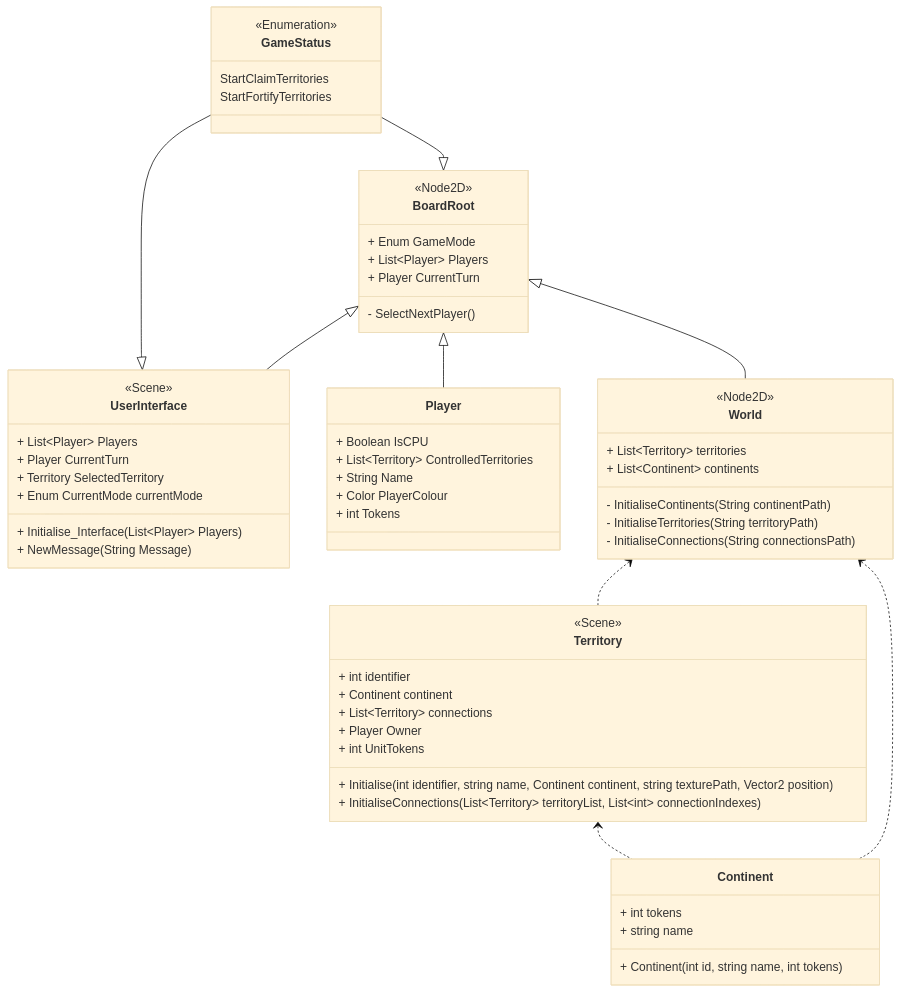
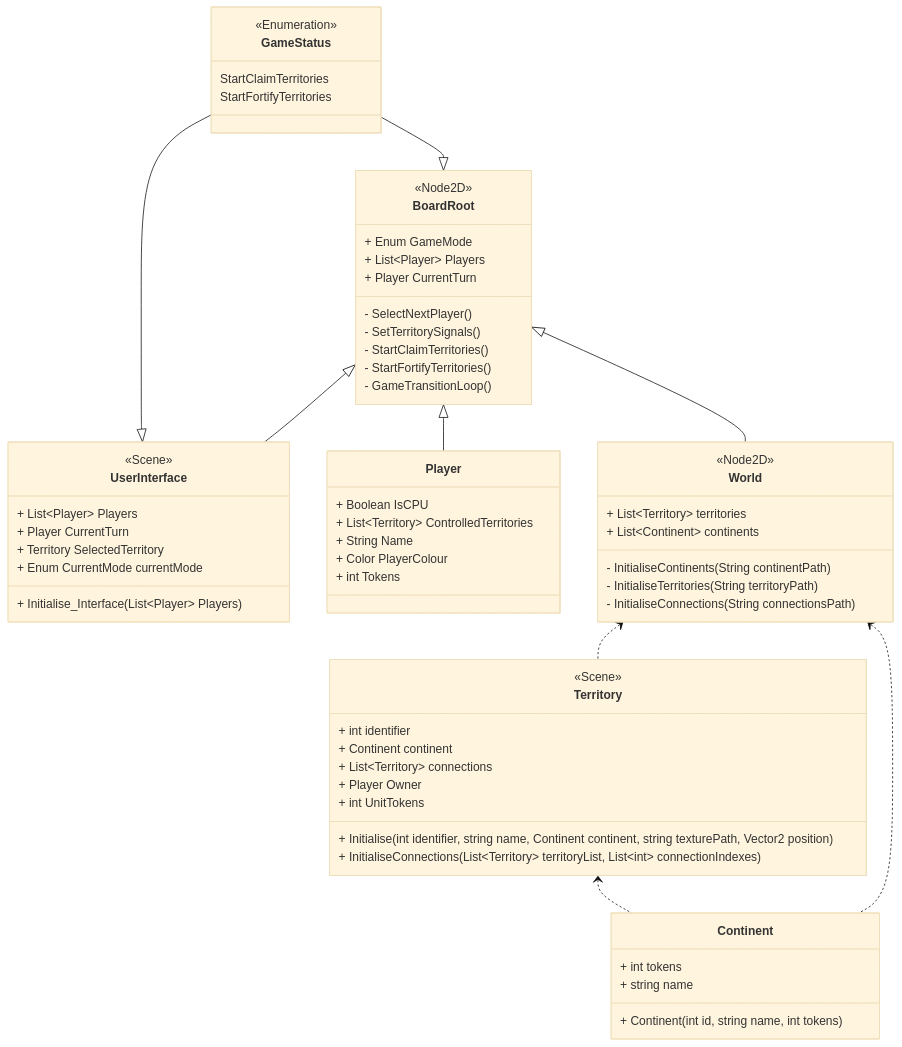
The first of 2 diagrams in design/Sprint_02_Design.md (LukeS03/Y2_S2_SoftwareEngineeringProject), drawn with Mermaid (base theme) before and after one commit. The commit also changed other lines of this file and 3 other files, not shown here.

````diff
--- a/design/Sprint_02_Design.md
+++ b/design/Sprint_02_Design.md
@@ -13,71 +13,74 @@
 ```mermaid
 classDiagram
     class BoardRoot {
         <<Node2D>>
         + Enum GameMode
         + List~Player~ Players
         + Player CurrentTurn
         - SelectNextPlayer()
+        - SetTerritorySignals()
+        - StartClaimTerritories()
+        - StartFortifyTerritories()
+        - GameTransitionLoop()
     }
 
     class UserInterface {
         <<Scene>>
         + List~Player~ Players
         + Player CurrentTurn
         + Territory SelectedTerritory
         + Enum CurrentMode currentMode
         + Initialise_Interface(List~Player~ Players)
-        + NewMessage(String Message)
     }
 
     class GameStatus {
         <<Enumeration>>
         StartClaimTerritories
         StartFortifyTerritories
     }
 
     class Player {
         + Boolean IsCPU
         + List~Territory~ ControlledTerritories
         + String Name
         + Color PlayerColour
         + int Tokens
     }
 
     class World {
         <<Node2D>>
         + List~Territory~ territories
         + List~Continent~ continents
         - InitialiseContinents(String continentPath)
         - InitialiseTerritories(String territoryPath)
         - InitialiseConnections(String connectionsPath)
     }
 
 
     class Territory {
         <<Scene>>
         + int identifier
         + Continent continent
         + List~Territory~ connections
         + Player Owner
         + int UnitTokens
         + Initialise(int identifier, string name, Continent continent, string texturePath, Vector2 position)
         + InitialiseConnections(List~Territory~ territoryList, List~int~ connectionIndexes)
     }
 
     class Continent {
         + int tokens
         + string name
         + Continent(int id, string name, int tokens)
     }
 
     BoardRoot <|-- UserInterface
     BoardRoot <|-- Player
     BoardRoot <|-- World
     World <.. Territory
     World <.. Continent
     Territory <.. Continent
     GameStatus --|> UserInterface
     GameStatus--|>BoardRoot
     
 ```
````
